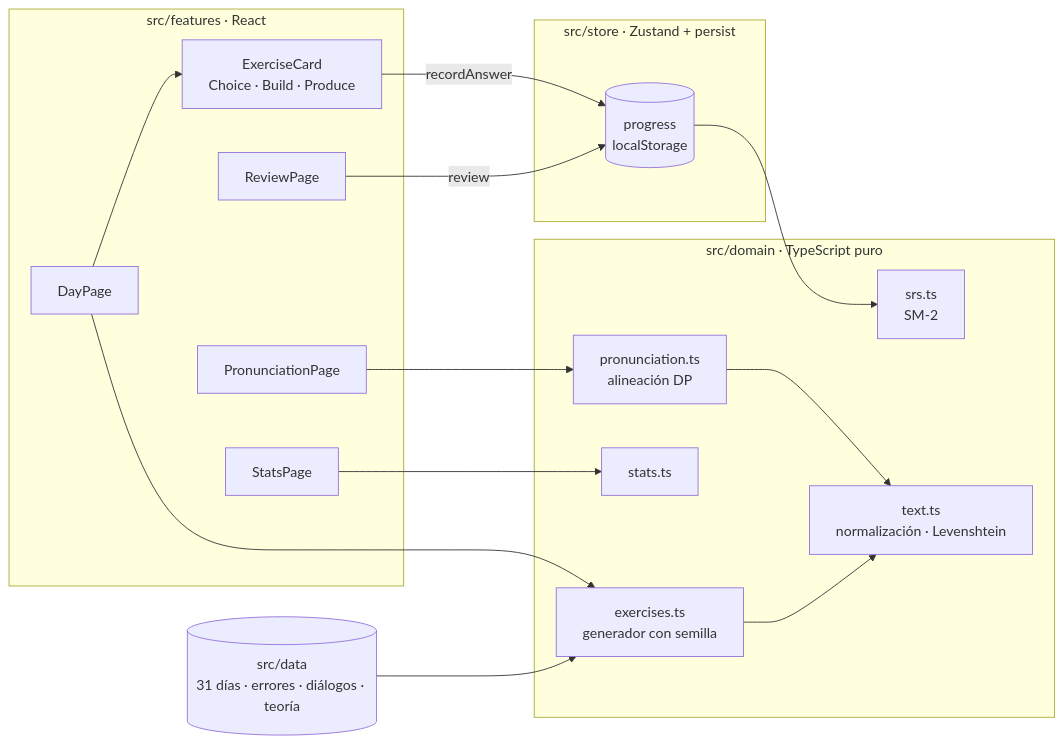
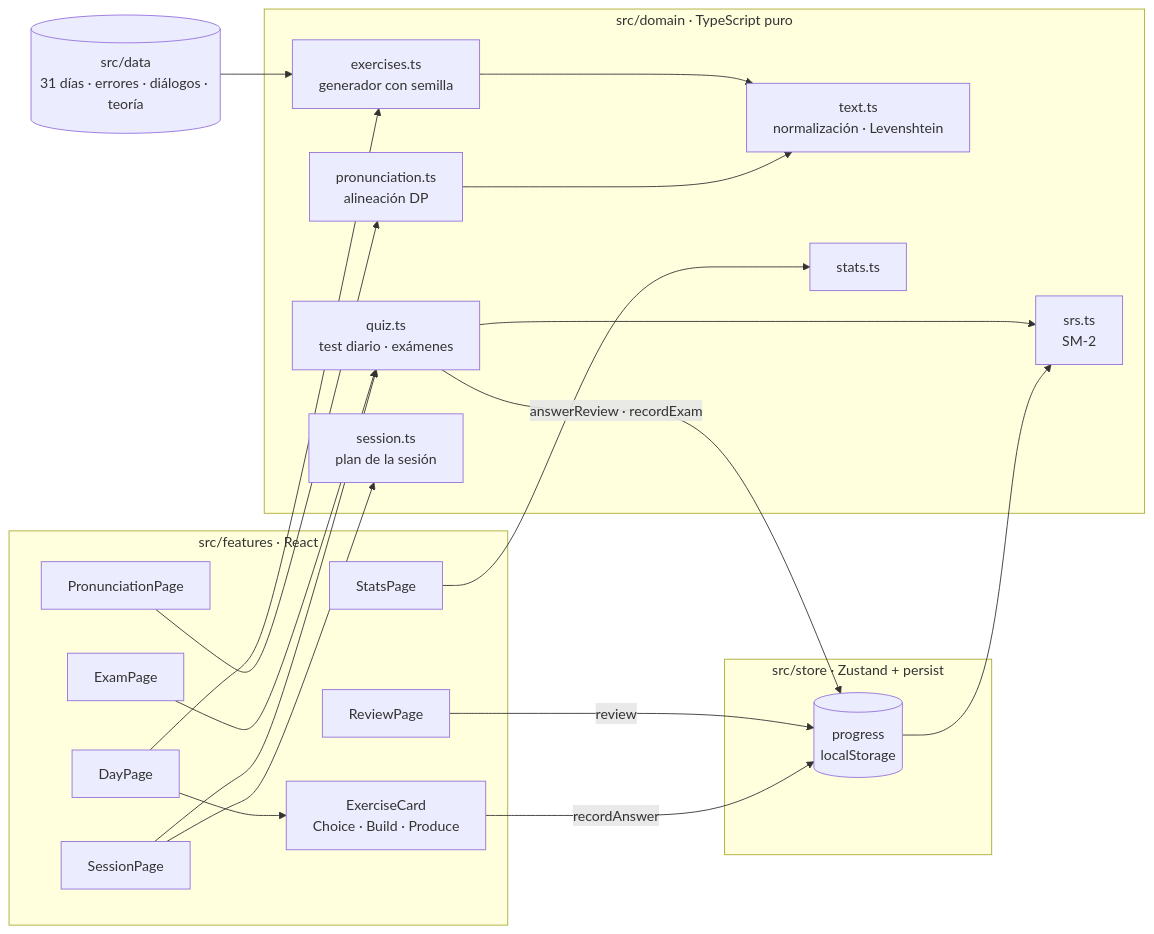
Before and after one commit to giuliana2002/Palabra: the diagram in README.md, drawn with Mermaid. The commit also changed other lines of this file and 4 other files, not shown here.

Commit message:
docs: README con la sesión guiada, el test diario y los exámenes

````diff
--- a/README.md
+++ b/README.md
@@ -59,29 +68,38 @@
 ```mermaid
 flowchart LR
   subgraph UI["src/features · React"]
     Day[DayPage] --> Cards[ExerciseCard<br/>Choice · Build · Produce]
     Review[ReviewPage]
     Pron[PronunciationPage]
     Stats[StatsPage]
+    Session[SessionPage]
+    Exam[ExamPage]
   end
   subgraph Store["src/store · Zustand + persist"]
     P[(progress<br/>localStorage)]
   end
   subgraph Domain["src/domain · TypeScript puro"]
     Gen[exercises.ts<br/>generador con semilla]
     SRS[srs.ts<br/>SM-2]
     Txt[text.ts<br/>normalización · Levenshtein]
     PronD[pronunciation.ts<br/>alineación DP]
     St[stats.ts]
+    Quiz[quiz.ts<br/>test diario · exámenes]
+    Sess[session.ts<br/>plan de la sesión]
   end
   Data[(src/data<br/>31 días · errores · diálogos · teoría)]
 
   Data --> Gen
   Day --> Gen
   Cards -- recordAnswer --> P
   Review -- review --> P
   P --> SRS
   Pron --> PronD --> Txt
   Stats --> St
   Gen --> Txt
+  Session --> Sess
+  Session --> Quiz
+  Exam --> Quiz
+  Quiz -- answerReview · recordExam --> P
+  Quiz --> SRS
 ```
````
